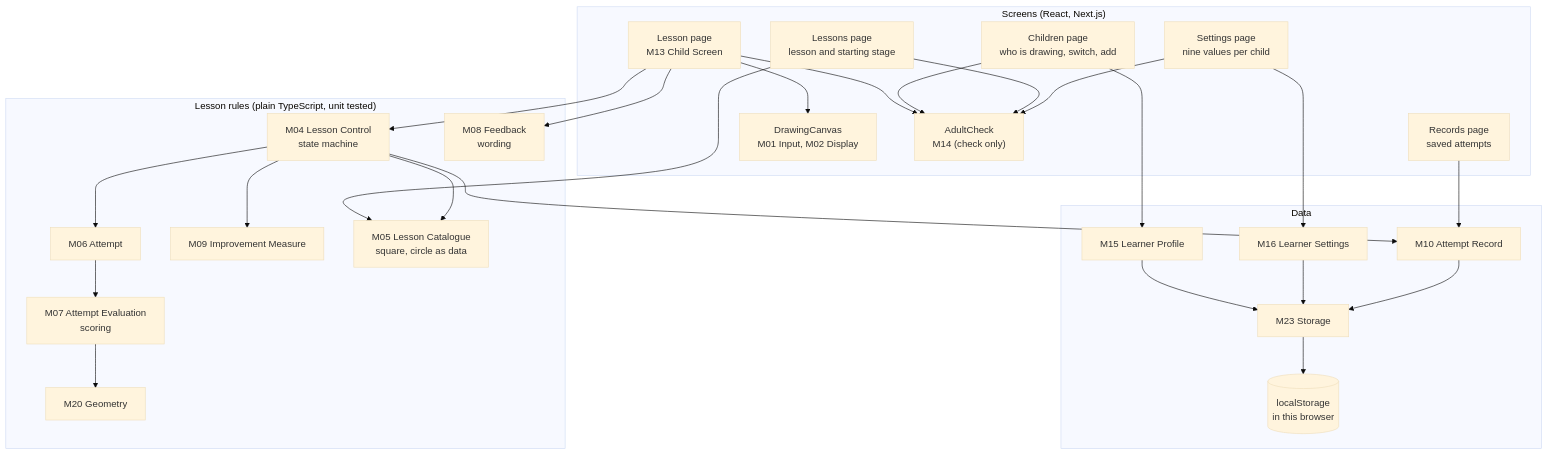
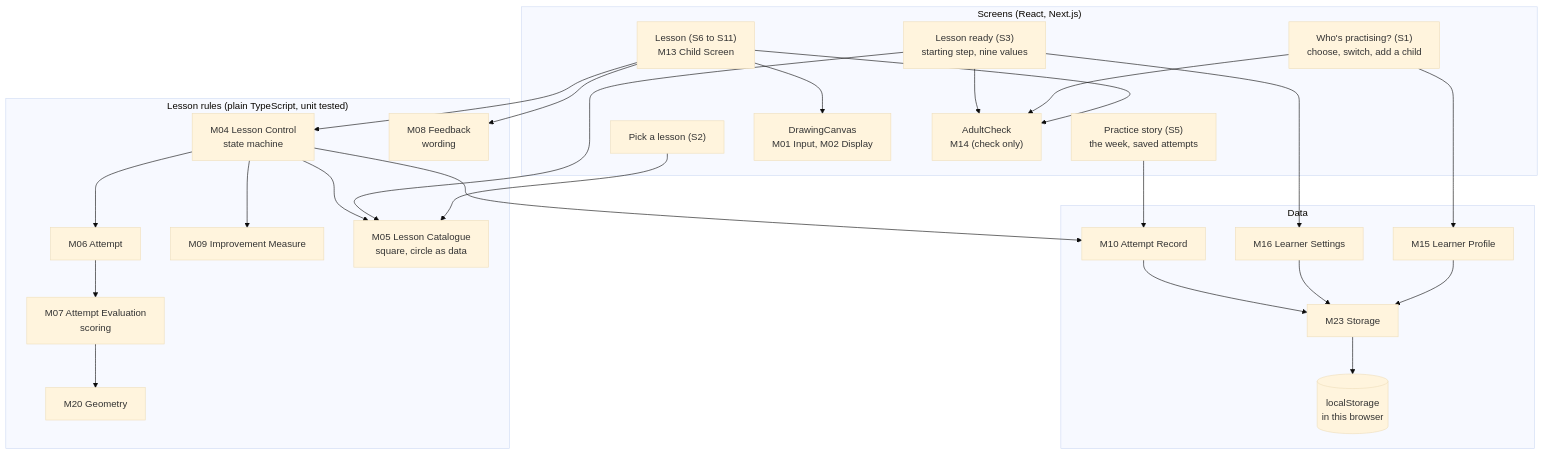
Before and after one commit to AHMEDELZARIA/squigglr: the first of 2 diagrams in src/POC-Implementation-Plan.md, drawn with Mermaid (base theme). The commit also changed other lines of this file and 33 other files, not shown here.

````diff
--- a/src/POC-Implementation-Plan.md
+++ b/src/POC-Implementation-Plan.md
@@ -38,54 +40,54 @@
 ```mermaid
 flowchart TD
   subgraph Screens["Screens (React, Next.js)"]
-    Children["Children page<br/>who is drawing, switch, add"]
-    Lessons["Lessons page<br/>lesson and starting stage"]
-    SettingsPage["Settings page<br/>nine values per child"]
-    RecordsPage["Records page<br/>saved attempts"]
-    Lesson["Lesson page<br/>M13 Child Screen"]
+    Children["Who's practising? (S1)<br/>choose, switch, add a child"]
+    Lessons["Pick a lesson (S2)"]
+    SettingsPage["Lesson ready (S3)<br/>starting step, nine values"]
+    RecordsPage["Practice story (S5)<br/>the week, saved attempts"]
+    Lesson["Lesson (S6 to S11)<br/>M13 Child Screen"]
     Canvas["DrawingCanvas<br/>M01 Input, M02 Display"]
     Check["AdultCheck<br/>M14 (check only)"]
   end
 
   subgraph Rules["Lesson rules (plain TypeScript, unit tested)"]
     Control["M04 Lesson Control<br/>state machine"]
     Attempt["M06 Attempt"]
     Evaluation["M07 Attempt Evaluation<br/>scoring"]
     Improvement["M09 Improvement Measure"]
     Catalogue["M05 Lesson Catalogue<br/>square, circle as data"]
     Feedback["M08 Feedback<br/>wording"]
     Geometry["M20 Geometry"]
   end
 
   subgraph Data["Data"]
     Profiles["M15 Learner Profile"]
     Settings["M16 Learner Settings"]
     Records["M10 Attempt Record"]
     Storage["M23 Storage"]
     LS[("localStorage<br/>in this browser")]
   end
 
   Lesson --> Canvas
   Lesson --> Control
   Lesson --> Feedback
   Lesson --> Check
   Children --> Profiles
   Children --> Check
   Lessons --> Catalogue
-  Lessons --> Check
   SettingsPage --> Settings
   SettingsPage --> Check
+  SettingsPage --> Catalogue
   RecordsPage --> Records
 
   Control --> Attempt
   Control --> Improvement
   Control --> Catalogue
   Control --> Records
   Attempt --> Evaluation
   Evaluation --> Geometry
 
   Profiles --> Storage
   Settings --> Storage
   Records --> Storage
   Storage --> LS
 ```
````
